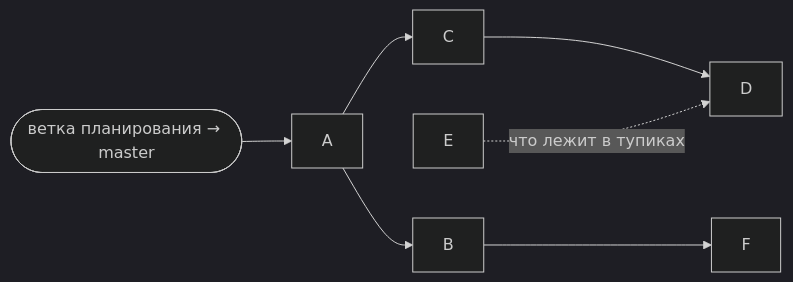
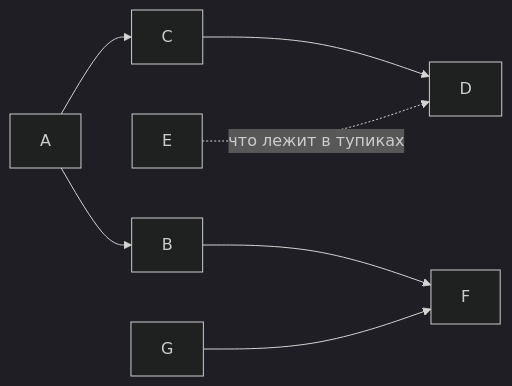
The diagram in docs/astral-genesis/Задачи/v0.7.0 — сессии.md (Manshooo/astral-genesis), drawn with Mermaid (dark theme) before and after one commit. The commit also changed other lines of this file and 6 other files, not shown here.

````diff
--- a/docs/astral-genesis/Задачи/v0.7.0 — сессии.md
+++ b/docs/astral-genesis/Задачи/v0.7.0 — сессии.md
@@ -22,7 +43,7 @@
 ```mermaid
 flowchart LR
-    M(["ветка планирования → master"]) --> A
     A --> C --> D
     A --> B --> F
+    G --> F
     E -.->|что лежит в тупиках| D
 ```
````
